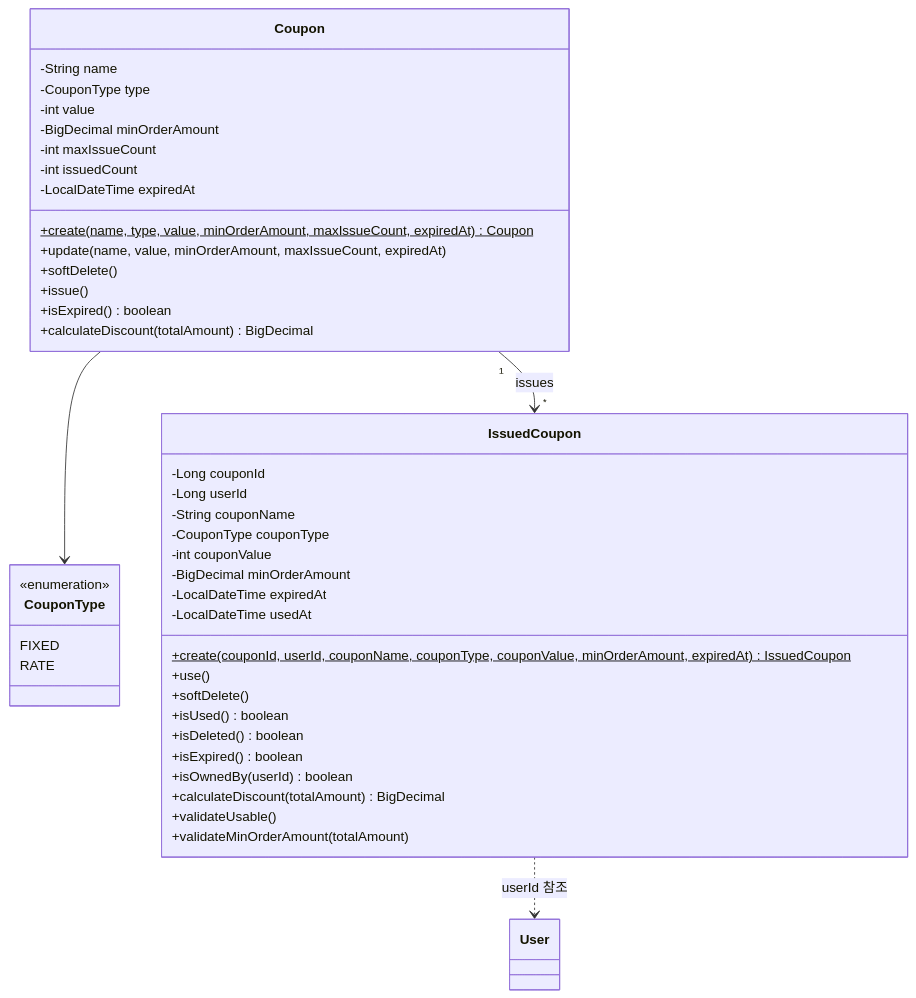
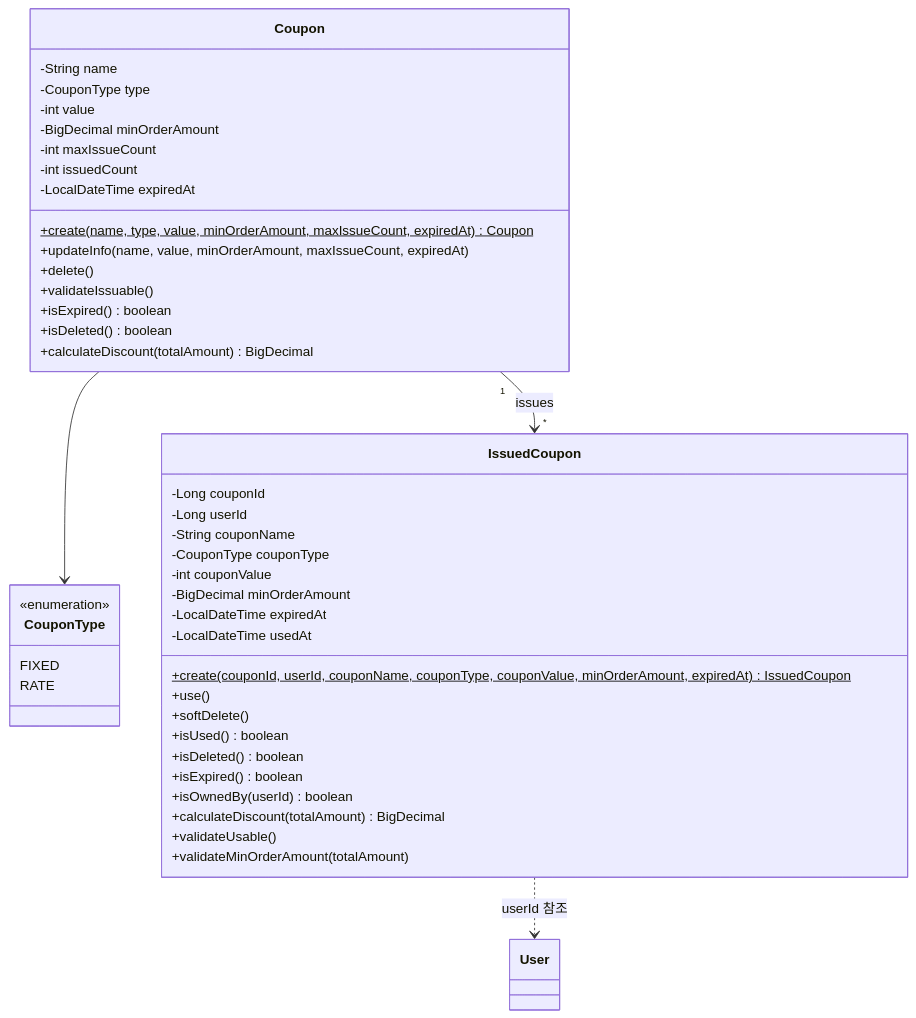
Before and after one commit to Loopers-dev-lab/loop-pack-be-l2-vol3-java: the diagram in docs/design/coupon/class-diagram.md, drawn with Mermaid. The commit also changed other lines of this file and 5 other files, not shown here.

````diff
--- a/docs/design/coupon/class-diagram.md
+++ b/docs/design/coupon/class-diagram.md
@@ -8,49 +8,50 @@
 ```mermaid
 classDiagram
     class Coupon {
         -String name
         -CouponType type
         -int value
         -BigDecimal minOrderAmount
         -int maxIssueCount
         -int issuedCount
         -LocalDateTime expiredAt
         +create(name, type, value, minOrderAmount, maxIssueCount, expiredAt)$ Coupon
-        +update(name, value, minOrderAmount, maxIssueCount, expiredAt)
-        +softDelete()
-        +issue()
+        +updateInfo(name, value, minOrderAmount, maxIssueCount, expiredAt)
+        +delete()
+        +validateIssuable()
         +isExpired() boolean
+        +isDeleted() boolean
         +calculateDiscount(totalAmount) BigDecimal
     }
 
     class CouponType {
         <<enumeration>>
         FIXED
         RATE
     }
 
     class IssuedCoupon {
         -Long couponId
         -Long userId
         -String couponName
         -CouponType couponType
         -int couponValue
         -BigDecimal minOrderAmount
         -LocalDateTime expiredAt
         -LocalDateTime usedAt
         +create(couponId, userId, couponName, couponType, couponValue, minOrderAmount, expiredAt)$ IssuedCoupon
         +use()
         +softDelete()
         +isUsed() boolean
         +isDeleted() boolean
         +isExpired() boolean
         +isOwnedBy(userId) boolean
         +calculateDiscount(totalAmount) BigDecimal
         +validateUsable()
         +validateMinOrderAmount(totalAmount)
     }
 
     Coupon --> CouponType
     Coupon "1" --> "*" IssuedCoupon : issues
     IssuedCoupon ..> User : userId 참조
 ```
````
